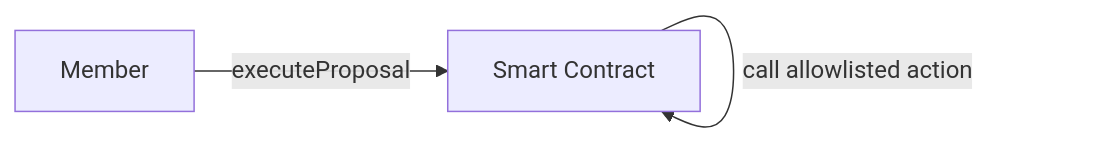
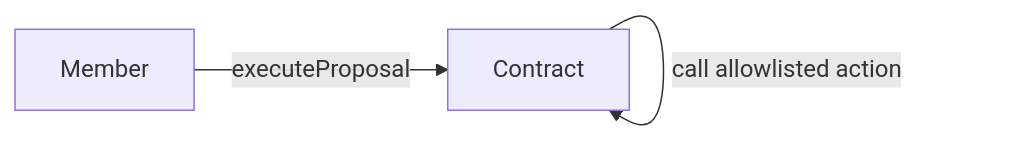
Before and after one commit to templ-fun/templ-evm-protocol: the ninth of 12 diagrams in CORE_FLOW_DOCS.MD, drawn with Mermaid. The commit also changed other lines of this file, not shown here.

Commit message:
docs(core): standardize mermaid labels

````diff
--- a/CORE_FLOW_DOCS.MD
+++ b/CORE_FLOW_DOCS.MD
@@ -128,5 +128,5 @@
 ```mermaid
 flowchart LR
-    M[Member] -->|executeProposal| C[Smart Contract]
+    M[Member] -->|executeProposal| C[Contract]
     C -->|call allowlisted action| C
 ```
````
